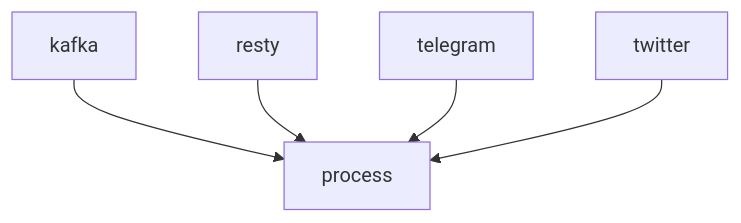
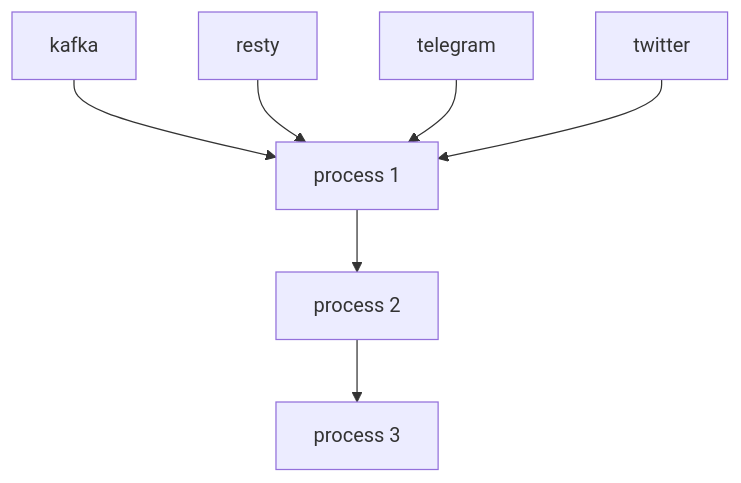
The diagram in README.md (livelace/gosquito), drawn with Mermaid before and after one commit.

Commit message:
mermaid experiment

````diff
--- a/README.md
+++ b/README.md
@@ -9,7 +9,9 @@
 ```mermaid
 graph TD;
-    A[kafka]-->P[process];
-    B[resty]-->P[process];
-    C[telegram]-->P[process];
-    D[twitter]-->P[process];
+    A[kafka]-->P1[process 1];
+    B[resty]-->P1[process 1];
+    C[telegram]-->P1[process 1];
+    D[twitter]-->P1[process 1];
+    P1-->P2[process 2];
+    P2-->P3[process 3];
 ```
````
